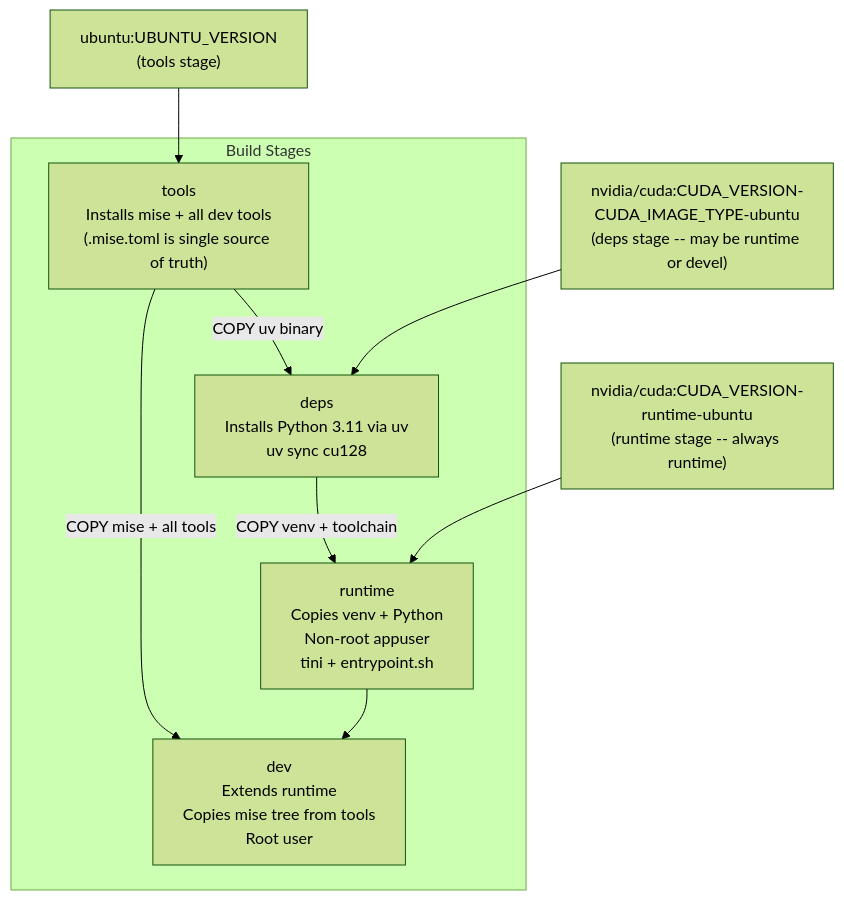
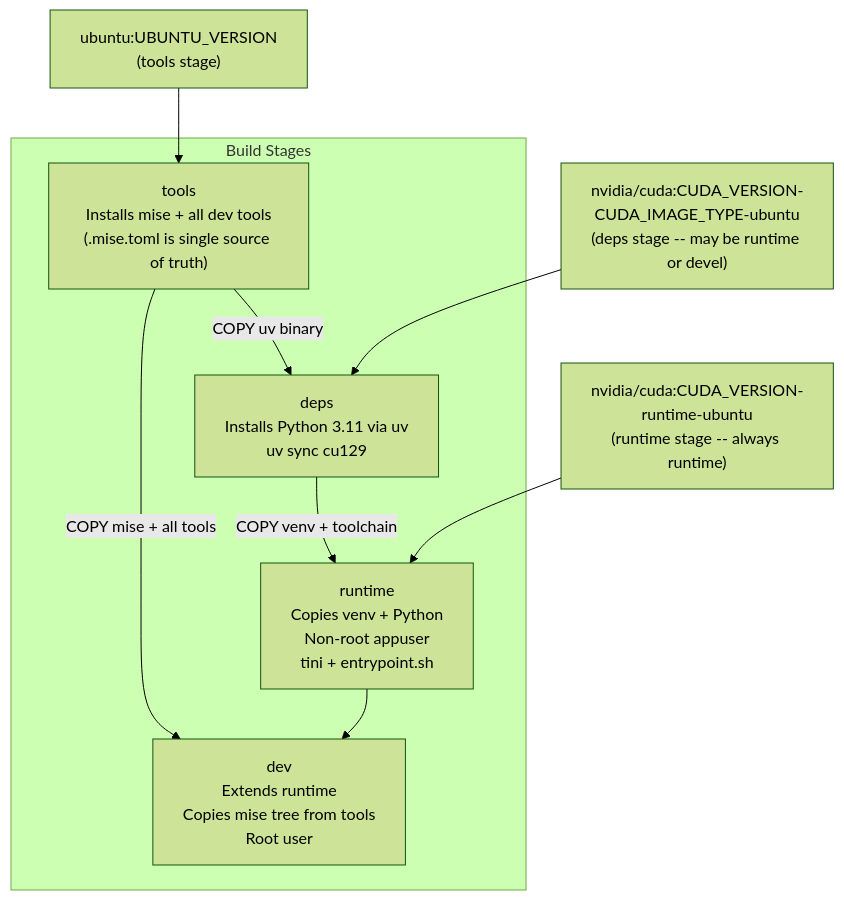
Before and after one commit to NVIDIA-NeMo/Safe-Synthesizer: the diagram in docs/developer-guide/docker.md, drawn with Mermaid (forest theme). The commit also changed other lines of this file and 15 other files, not shown here.

````diff
--- a/docs/developer-guide/docker.md
+++ b/docs/developer-guide/docker.md
@@ -19,21 +19,21 @@
 ```mermaid
 flowchart TD
     ubuntuBase["ubuntu:UBUNTU_VERSION\n(tools stage)"]
     cudaBuild["nvidia/cuda:CUDA_VERSION-CUDA_IMAGE_TYPE-ubuntu\n(deps stage -- may be runtime or devel)"]
     cudaRuntime["nvidia/cuda:CUDA_VERSION-runtime-ubuntu\n(runtime stage -- always runtime)"]
 
     subgraph stages [Build Stages]
         tools["tools\nInstalls mise + all dev tools\n(.mise.toml is single source of truth)"]
-        deps["deps\nInstalls Python 3.11 via uv\nuv sync cu128"]
+        deps["deps\nInstalls Python 3.11 via uv\nuv sync cu129"]
         runtime["runtime\nCopies venv + Python\nNon-root appuser\ntini + entrypoint.sh"]
         dev["dev\nExtends runtime\nCopies mise tree from tools\nRoot user"]
     end
 
     ubuntuBase --> tools
     tools -->|"COPY uv binary"| deps
     cudaBuild --> deps
     deps -->|"COPY venv + toolchain"| runtime
     cudaRuntime --> runtime
     runtime --> dev
     tools -->|"COPY mise + all tools"| dev
 ```
````
